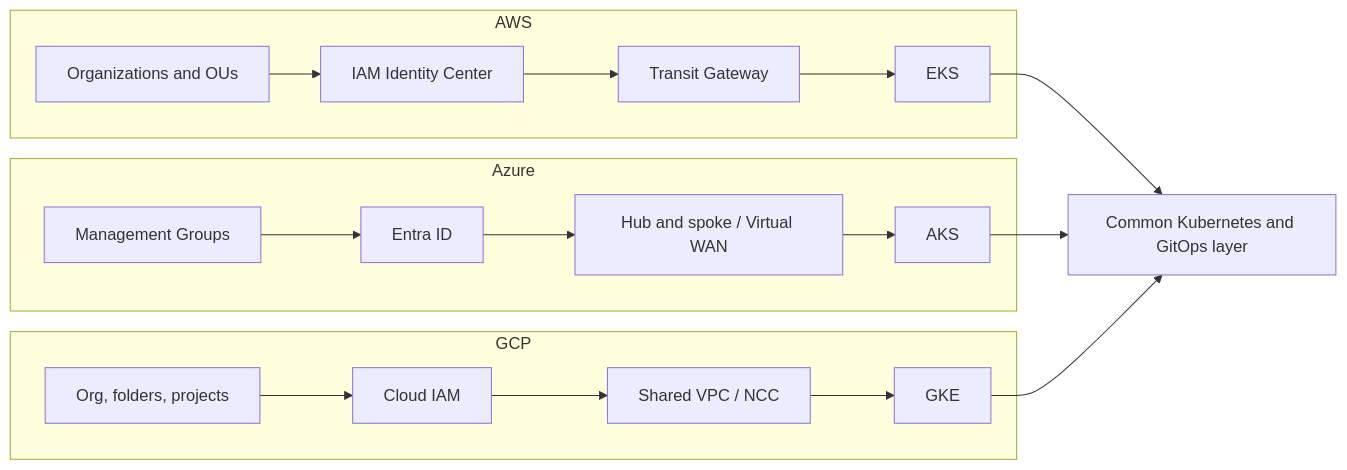
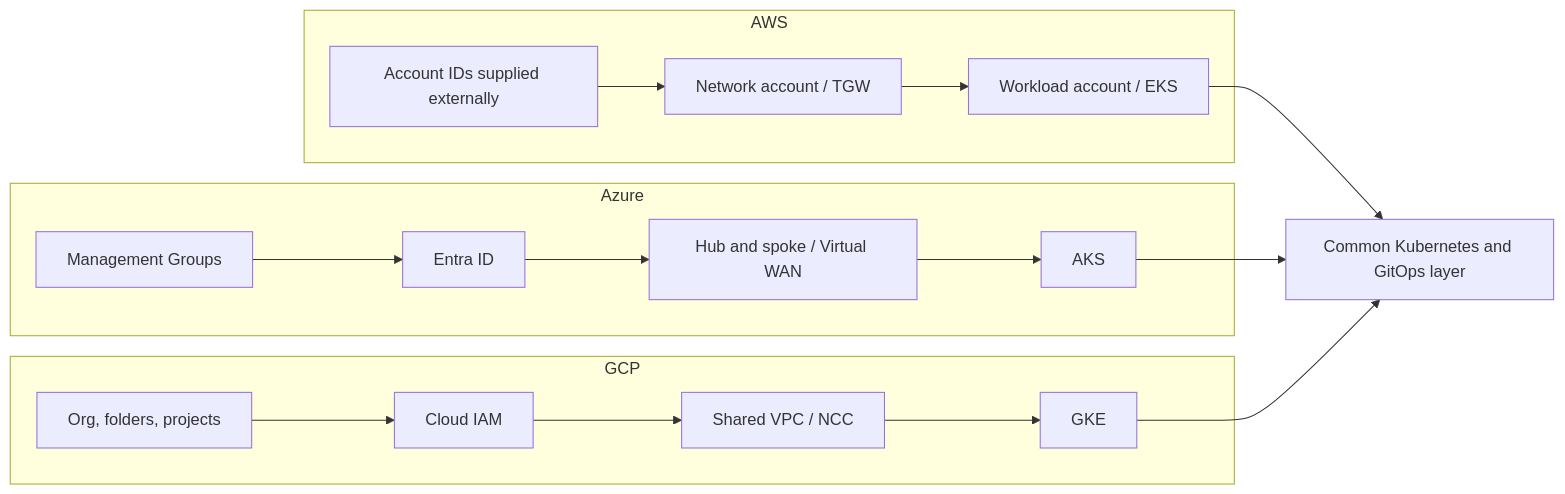
Before and after one commit to leeclarkuk/platform-engineering-reference: the second of 2 diagrams in README.md, drawn with Mermaid. The commit also changed other lines of this file and 11 other files, not shown here.

````diff
--- a/README.md
+++ b/README.md
@@ -88,31 +90,30 @@
 ```mermaid
 flowchart LR
   subgraph aws [AWS]
-    Orgs[Organizations and OUs]
-    IdC[IAM Identity Center]
-    TGW[Transit Gateway]
-    EKS2[EKS]
-    Orgs --> IdC --> TGW --> EKS2
+    Orgs[Account IDs supplied externally]
+    Net[Network account / TGW]
+    Wl[Workload account / EKS]
+    Orgs --> Net --> Wl
   end
 
   subgraph azure [Azure]
     MG[Management Groups]
     Entra[Entra ID]
     Hub[Hub and spoke / Virtual WAN]
     AKS2[AKS]
     MG --> Entra --> Hub --> AKS2
   end
 
   subgraph gcp [GCP]
     Folders[Org, folders, projects]
     IAM[Cloud IAM]
     SVPC[Shared VPC / NCC]
     GKE2[GKE]
     Folders --> IAM --> SVPC --> GKE2
   end
 
   K8s[Common Kubernetes and GitOps layer]
-  EKS2 --> K8s
+  Wl --> K8s
   AKS2 --> K8s
   GKE2 --> K8s
 ```
````
